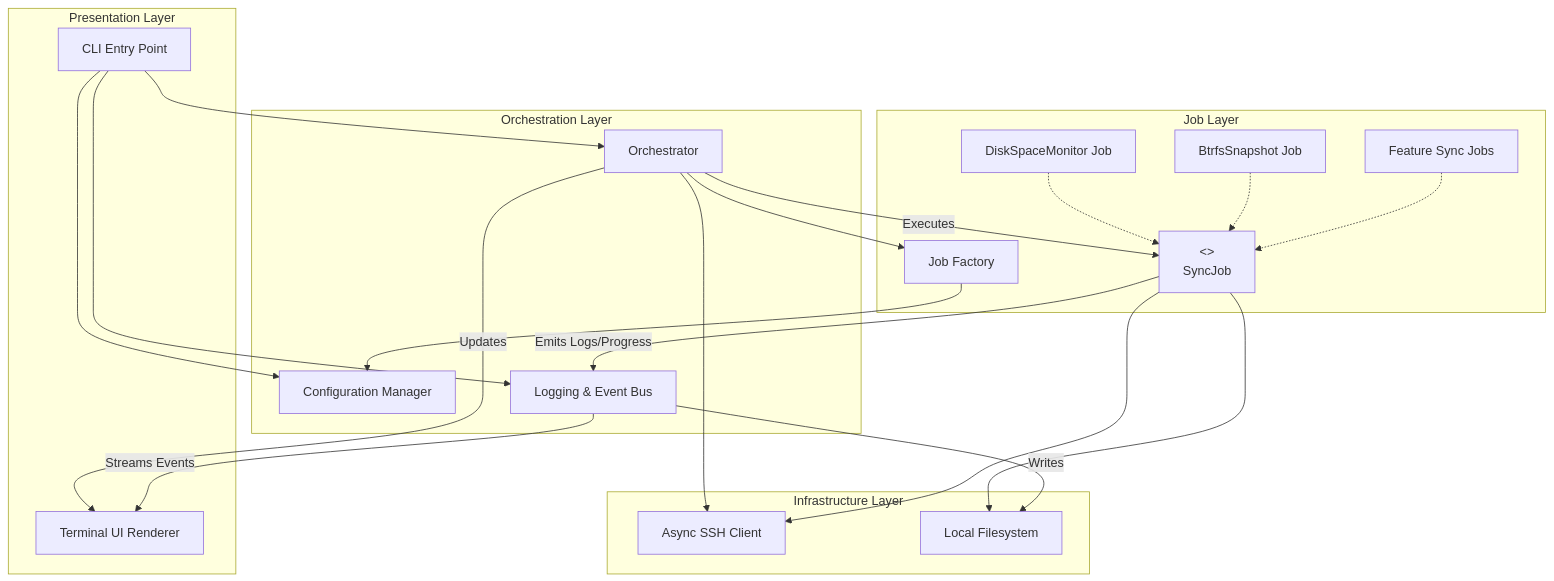
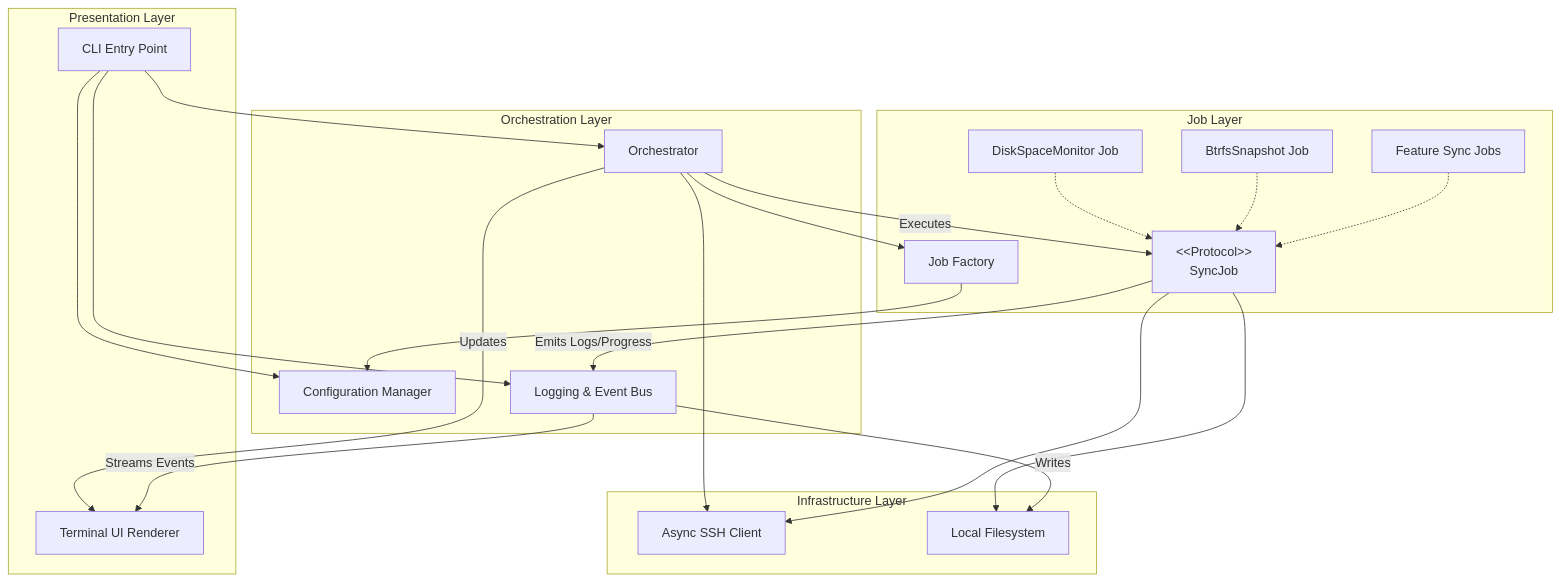
One commit to flaksit/pc-switcher changed the first of 9 diagrams in specs/001-foundation/architecture-gemini-3.md. Above: the diagram before and after it, drawn with Mermaid. The commit also changed other lines of this file and 2 other files, not shown here.

Commit message:
(first) architecture by other AIs

````diff
--- a/specs/001-foundation/architecture-gemini-3.md
+++ b/specs/001-foundation/architecture-gemini-3.md
@@ -33,50 +33,50 @@
 ```mermaid
 graph TD
     subgraph "Presentation Layer"
         CLI[CLI Entry Point]
         TUI[Terminal UI Renderer]
     end
 
     subgraph "Orchestration Layer"
         Orch[Orchestrator]
         Config[Configuration Manager]
         LogSys[Logging & Event Bus]
     end
 
     subgraph "Job Layer"
         JobFactory[Job Factory]
-        Proto[<<Protocol>>\nSyncJob]
+        SyncJob["&lt;&lt;Protocol&gt;&gt;<br/>SyncJob"]
         
         DiskMon[DiskSpaceMonitor Job]
         SnapJob[BtrfsSnapshot Job]
         FeatJob[Feature Sync Jobs]
         
-        DiskMon -.-> Proto
-        SnapJob -.-> Proto
-        FeatJob -.-> Proto
+        DiskMon -.-> SyncJob
+        SnapJob -.-> SyncJob
+        FeatJob -.-> SyncJob
     end
 
     subgraph "Infrastructure Layer"
         SSH[Async SSH Client]
         LocalFS[Local Filesystem]
     end
 
     %% Relationships
     CLI --> Config
     CLI --> LogSys
     CLI --> Orch
     
     Orch --> JobFactory
     Orch --> SSH
-    Orch -- Executes --> Proto
+    Orch -- Executes --> SyncJob
     Orch -- Updates --> TUI
     
     JobFactory --> Config
     
-    Proto --> SSH
-    Proto --> LocalFS
-    Proto -- Emits Logs/Progress --> LogSys
+    SyncJob --> SSH
+    SyncJob --> LocalFS
+    SyncJob -- Emits Logs/Progress --> LogSys
     
     LogSys -- Streams Events --> TUI
     LogSys -- Writes --> LocalFS
 ```
````
